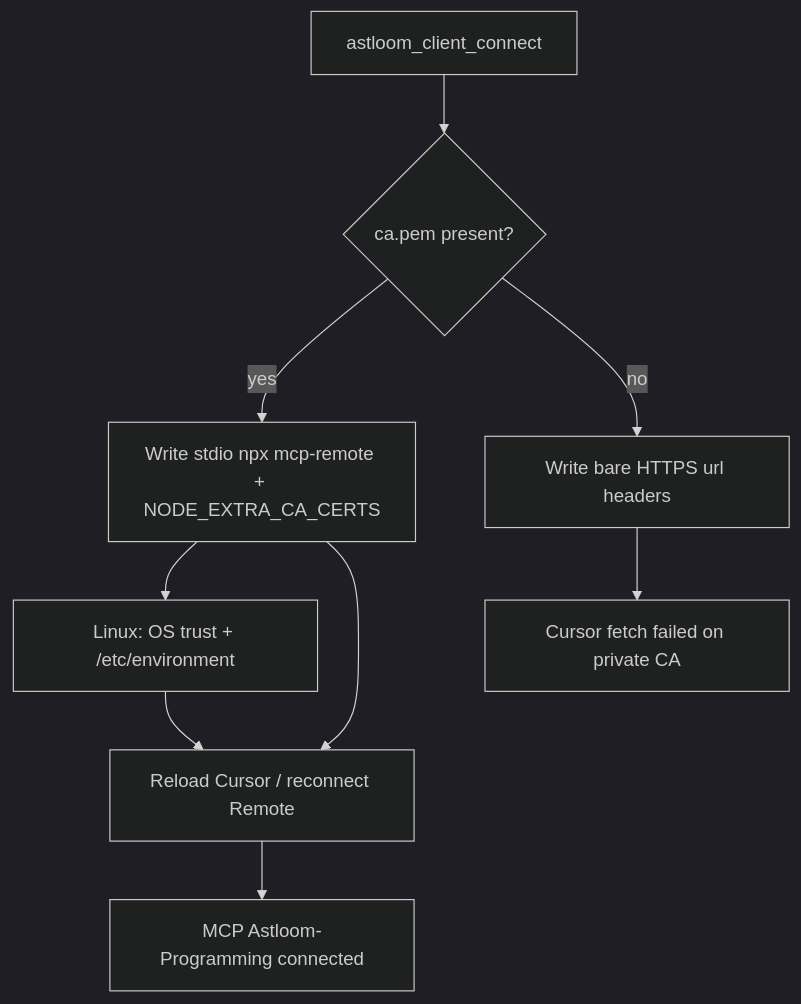
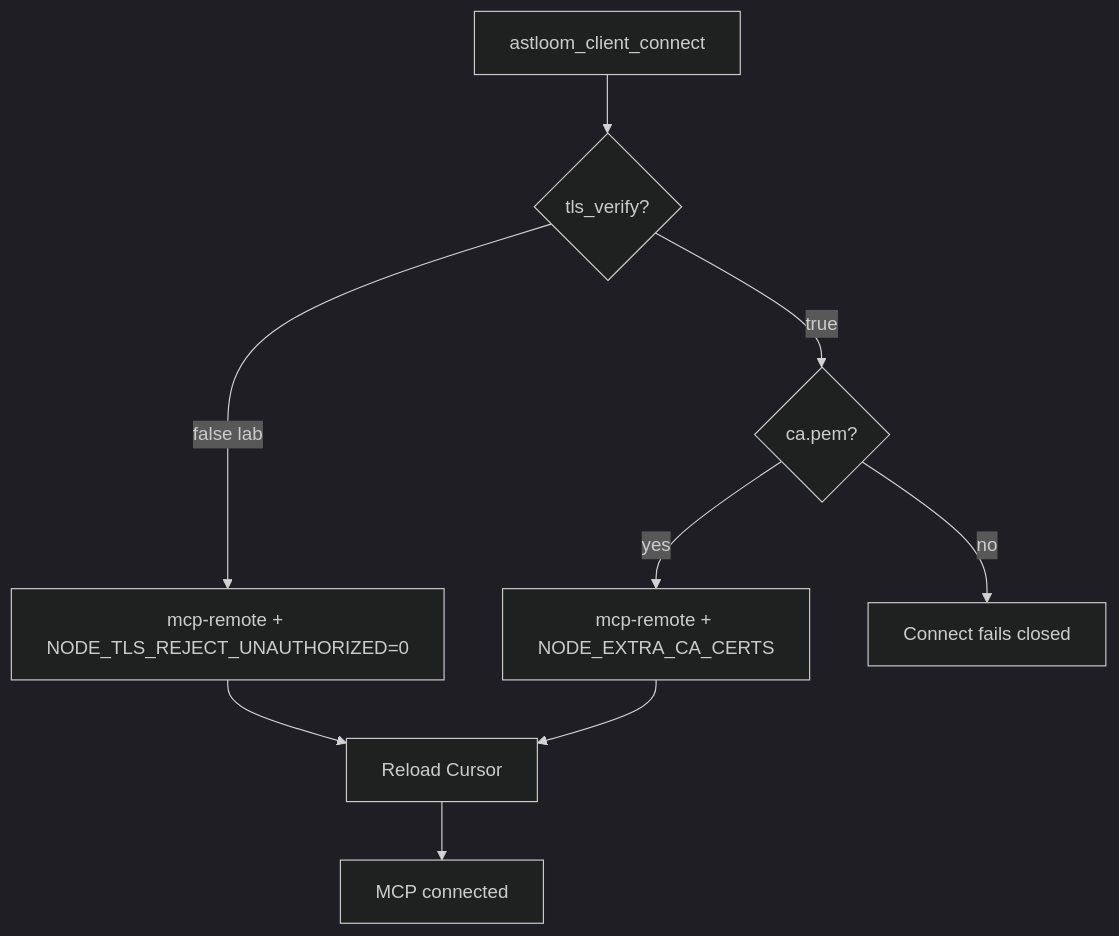
The diagram in docs/08-software-engineering-architecture/52-client-tls-trust-and-verify.md (Mohammad-Mirasadollahi/Astloom), drawn with Mermaid (dark theme) before and after one commit. The commit also changed other lines of this file and 8 other files, not shown here.

Commit message:
Honor tls_verify=false for Cursor MCP via NODE_TLS_REJECT_UNAUTHORIZED.

````diff
--- a/docs/08-software-engineering-architecture/52-client-tls-trust-and-verify.md
+++ b/docs/08-software-engineering-architecture/52-client-tls-trust-and-verify.md
@@ -157,11 +174,11 @@
 ```mermaid
 flowchart TD
-  connect[astloom_client_connect] --> ca{ca.pem present?}
-  ca -->|yes| remote[Write stdio npx mcp-remote + NODE_EXTRA_CA_CERTS]
-  ca -->|no| url[Write bare HTTPS url headers]
-  remote --> osTrust[Linux: OS trust + /etc/environment]
-  remote --> reload[Reload Cursor / reconnect Remote]
-  url --> risk[Cursor fetch failed on private CA]
-  osTrust --> reload
-  reload --> green[MCP Astloom-Programming connected]
+  connect[astloom_client_connect] --> mode{tls_verify?}
+  mode -->|false lab| insecure[mcp-remote + NODE_TLS_REJECT_UNAUTHORIZED=0]
+  mode -->|true| ca{ca.pem?}
+  ca -->|yes| secure[mcp-remote + NODE_EXTRA_CA_CERTS]
+  ca -->|no| fail[Connect fails closed]
+  insecure --> reload[Reload Cursor]
+  secure --> reload
+  reload --> green[MCP connected]
 ```
````
